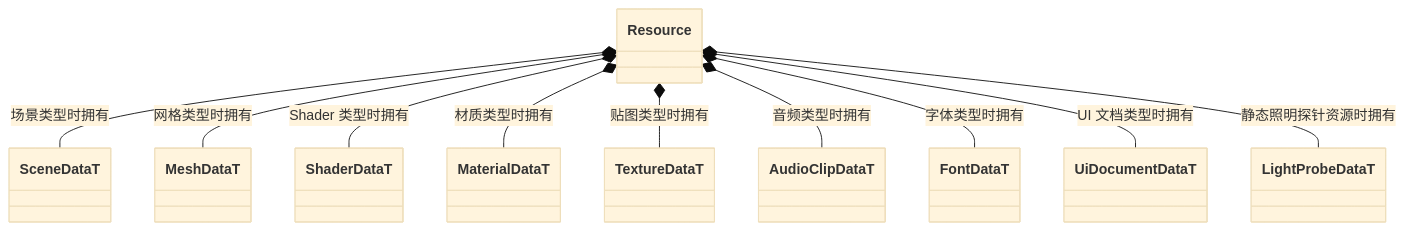
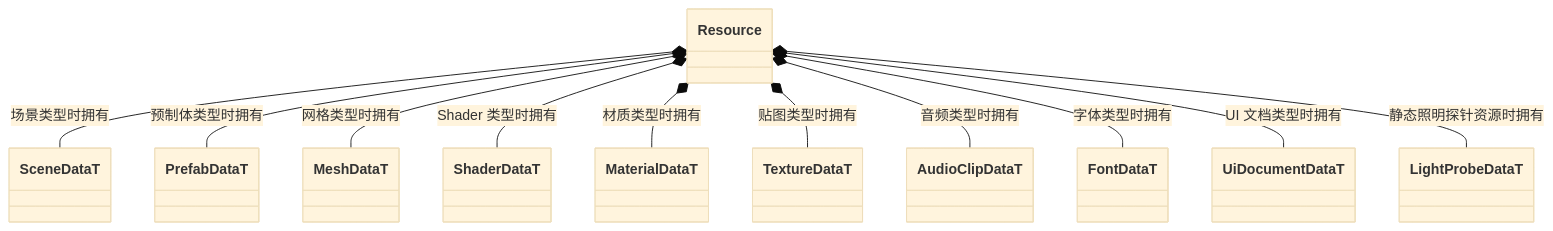
Before and after one commit to lcals/Engine: the second of 2 diagrams in docs/runtime/class-diagrams/resource.md, drawn with Mermaid (base theme). The commit also changed other lines of this file and 193 other files, not shown here.

````diff
--- a/docs/runtime/class-diagrams/resource.md
+++ b/docs/runtime/class-diagrams/resource.md
@@ -33,21 +34,23 @@
 ```mermaid
 classDiagram
     direction TB
     class Resource
     class SceneDataT
+    class PrefabDataT
     class MeshDataT
     class ShaderDataT
     class MaterialDataT
     class TextureDataT
     class AudioClipDataT
     class LightProbeDataT
     Resource *-- SceneDataT : 场景类型时拥有
+    Resource *-- PrefabDataT : 预制体类型时拥有
     Resource *-- MeshDataT : 网格类型时拥有
     Resource *-- ShaderDataT : Shader 类型时拥有
     Resource *-- MaterialDataT : 材质类型时拥有
     Resource *-- TextureDataT : 贴图类型时拥有
     Resource *-- AudioClipDataT : 音频类型时拥有
     Resource *-- FontDataT : 字体类型时拥有
     Resource *-- UiDocumentDataT : UI 文档类型时拥有
     Resource *-- LightProbeDataT : 静态照明探针资源时拥有
 ```
````
